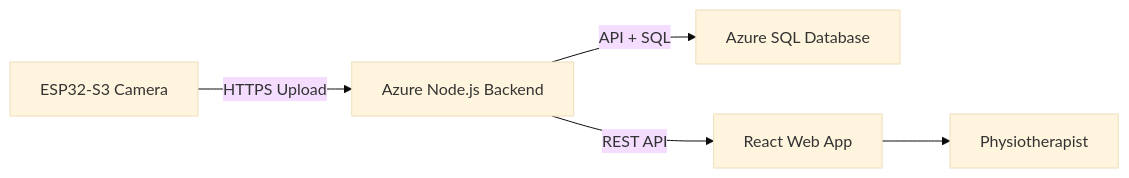
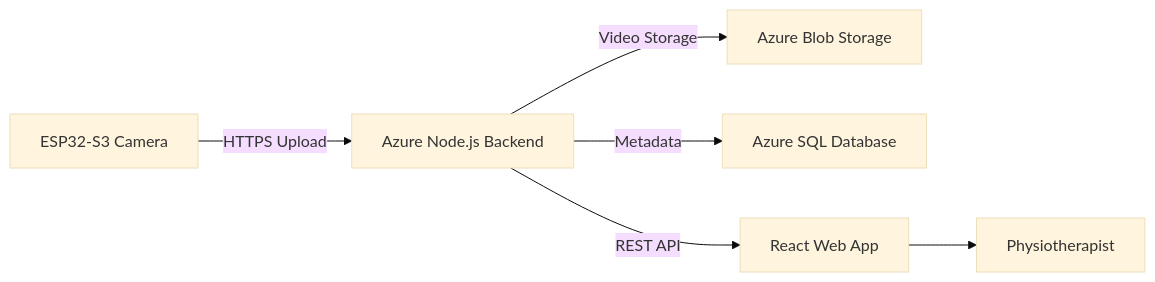
One commit to NoaGilboa/esp32-camera-project changed the third of 3 diagrams in README.md. Above: the diagram before and after it, drawn with Mermaid (base theme). The commit also changed other lines of this file, not shown here.

````diff
--- a/README.md
+++ b/README.md
@@ -190,7 +201,8 @@
 ```mermaid
 graph LR
   ESP32[ESP32-S3 Camera] -->|HTTPS Upload| Server[Azure Node.js Backend]
-  Server -->|API + SQL| Database[Azure SQL Database]
+  Server -->|Video Storage| Blob[Azure Blob Storage]
+  Server -->|Metadata| SQL[Azure SQL Database]
   Server -->|REST API| Frontend[React Web App]
   Frontend --> Physiotherapist
 ```
````
